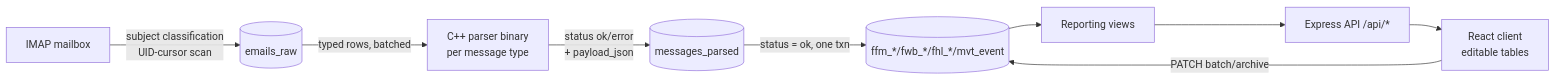
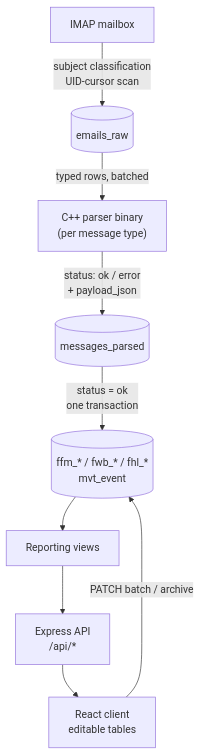
The diagram in README.md (tyroneous9/CargoIMP-Compiler), drawn with Mermaid before and after one commit. The commit also changed other lines of this file and 4 other files, not shown here.

````diff
--- a/README.md
+++ b/README.md
@@ -66,11 +59,11 @@
 ```mermaid
-flowchart LR
-    A[IMAP mailbox] -->|subject classification\nUID-cursor scan| B[(emails_raw)]
-    B -->|typed rows, batched| C[C++ parser binary\nper message type]
-    C -->|status ok/error\n+ payload_json| D[(messages_parsed)]
-    D -->|status = ok, one txn| E[(ffm_*/fwb_*/fhl_*/mvt_event)]
-    E --> F[Reporting views]
-    F --> G[Express API /api/*]
-    G --> H[React client\neditable tables]
-    H -->|PATCH batch/archive| E
+flowchart TD
+    A["IMAP mailbox"] -->|"subject classification<br/>UID-cursor scan"| B[("emails_raw")]
+    B -->|"typed rows, batched"| C["C++ parser binary<br/>(per message type)"]
+    C -->|"status: ok / error<br/>+ payload_json"| D[("messages_parsed")]
+    D -->|"status = ok<br/>one transaction"| E[("ffm_* / fwb_* / fhl_*<br/>mvt_event")]
+    E --> F["Reporting views"]
+    F --> G["Express API<br/>/api/*"]
+    G --> H["React client<br/>editable tables"]
+    H -->|"PATCH batch / archive"| E
 ```
````
